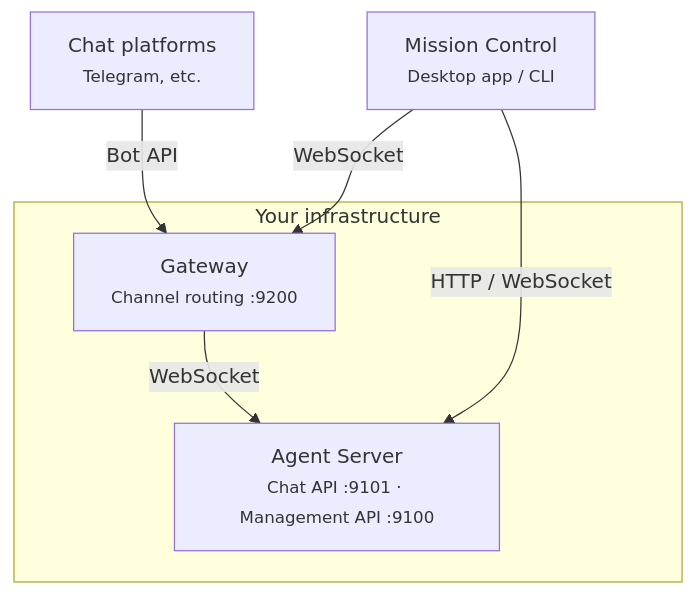
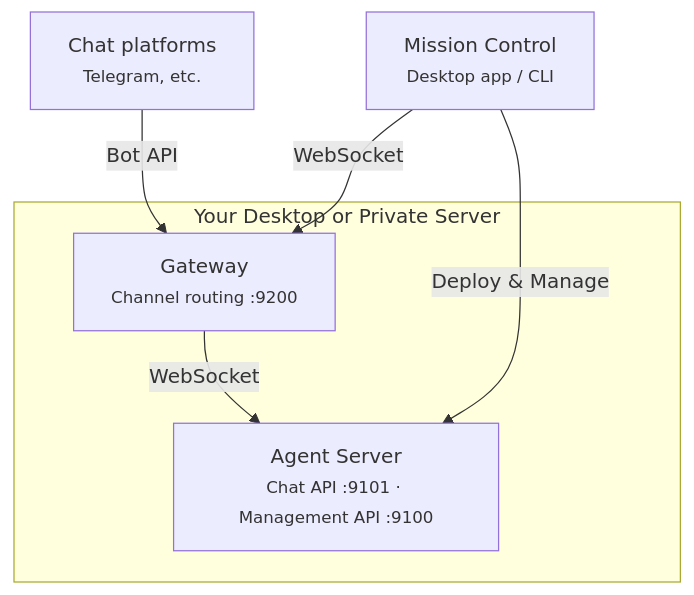
The diagram in README.md (volumegambit/Dash), drawn with Mermaid before and after one commit. The commit also changed other lines of this file, not shown here.

Commit message:
Update README architecture diagram labels and mc-cli commands

````diff
--- a/README.md
+++ b/README.md
@@ -26,16 +26,16 @@
 ```mermaid
 graph TB
   platforms["Chat platforms<br/><small>Telegram, etc.</small>"]
 
-  subgraph infra ["Your infrastructure"]
+  subgraph infra ["Your Desktop or Private Server"]
     agent-server["Agent Server<br/><small>Chat API :9101 · Management API :9100</small>"]
     gateway["Gateway<br/><small>Channel routing :9200</small>"]
     gateway -- "WebSocket" --> agent-server
   end
 
   mc["Mission Control<br/><small>Desktop app / CLI</small>"]
 
   platforms -- "Bot API" --> gateway
-  mc -- "HTTP / WebSocket" --> agent-server
+  mc -- "Deploy & Manage" --> agent-server
   mc -- "WebSocket" --> gateway
 ```
````
